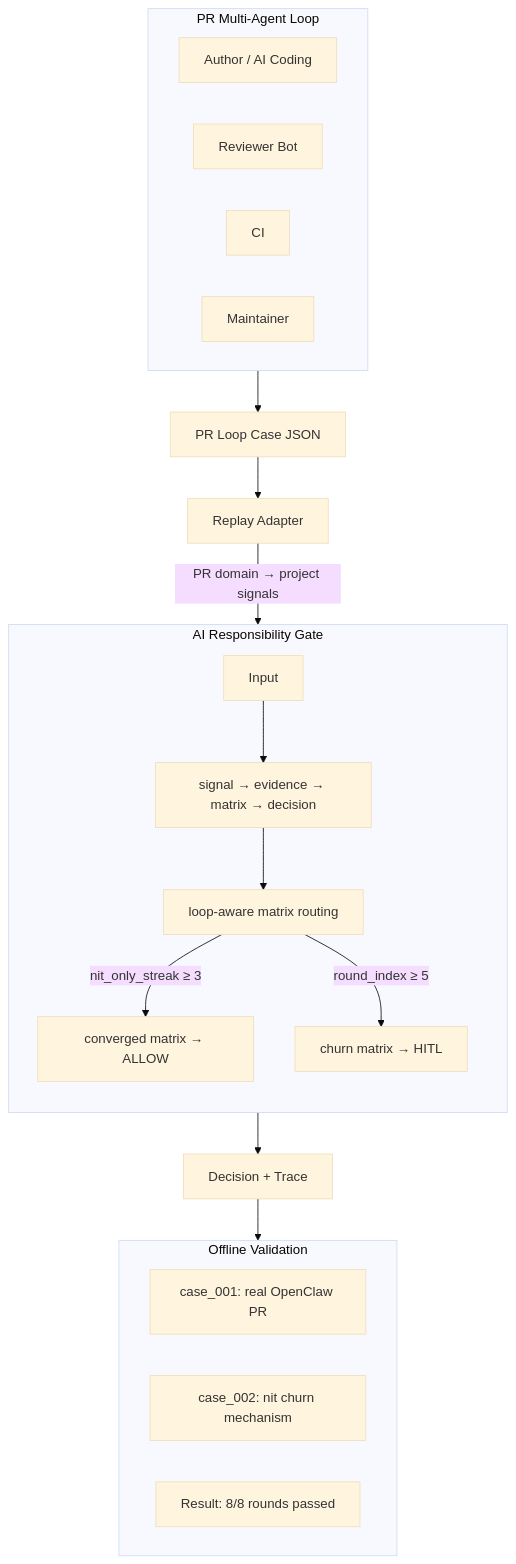
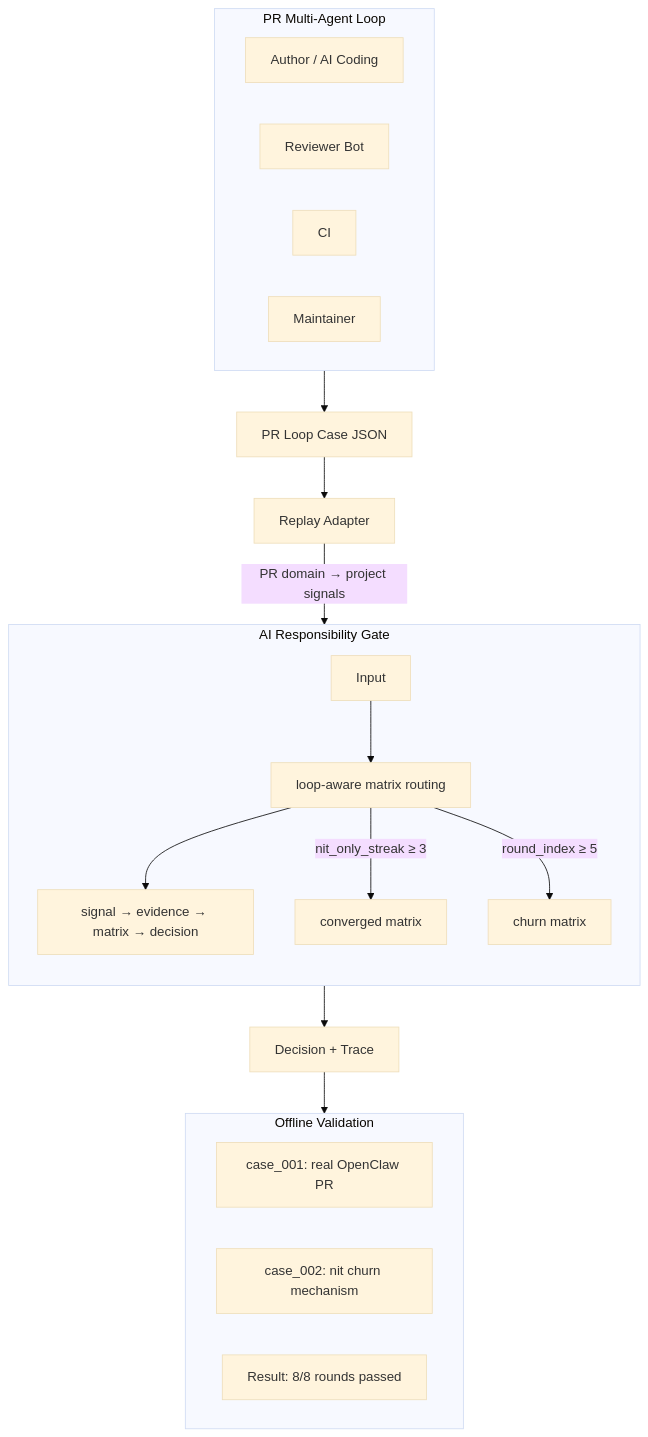
The first of 2 diagrams in docs/PR_LOOP_REPLAY_BRIEFING.md (zhangzhefang-github/ai-responsibility-gate), drawn with Mermaid (base theme) before and after one commit. The commit also changed 1 other file, not shown here.

Commit message:
docs: Roadmap 定位优化、Briefing Mermaid 图流程修正
- AI_AGENT_GOVERNANCE_ROADMAP: Control Plane 说明、Scope request、允许采信
- PR_LOOP_REPLAY_BRIEFING: Mermaid 图 GateInput→Routing→Pipeline（与 gate.py 一致）

Made-with: Cursor

````diff
--- a/docs/PR_LOOP_REPLAY_BRIEFING.md
+++ b/docs/PR_LOOP_REPLAY_BRIEFING.md
@@ -15,32 +15,32 @@
 ```mermaid
 flowchart TB
     subgraph Sources [PR Multi-Agent Loop]
         Author[Author / AI Coding]
         Reviewer[Reviewer Bot]
         CI[CI]
         Maintainer[Maintainer]
     end
 
     Sources --> CaseJSON[PR Loop Case JSON]
     CaseJSON --> Adapter[Replay Adapter]
     Adapter -->|"PR domain → project signals"| GateInput
 
     subgraph Gate [AI Responsibility Gate]
         direction TB
         GateInput[Input]
+        Routing["loop-aware matrix routing"]
         Pipeline["signal → evidence → matrix → decision"]
-        Routing["loop-aware matrix routing"]
-        GateInput --> Pipeline --> Routing
-        Routing -->|"nit_only_streak ≥ 3"| Conv["converged matrix → ALLOW"]
-        Routing -->|"round_index ≥ 5"| Churn["churn matrix → HITL"]
+        GateInput --> Routing --> Pipeline
+        Routing -->|"nit_only_streak ≥ 3"| Conv["converged matrix"]
+        Routing -->|"round_index ≥ 5"| Churn["churn matrix"]
     end
 
     Pipeline --> Decision[Decision + Trace]
     Decision --> Validation
 
     subgraph Validation [Offline Validation]
         V1["case_001: real OpenClaw PR"]
         V2["case_002: nit churn mechanism"]
         V3["Result: 8/8 rounds passed"]
     end
 ```
````
